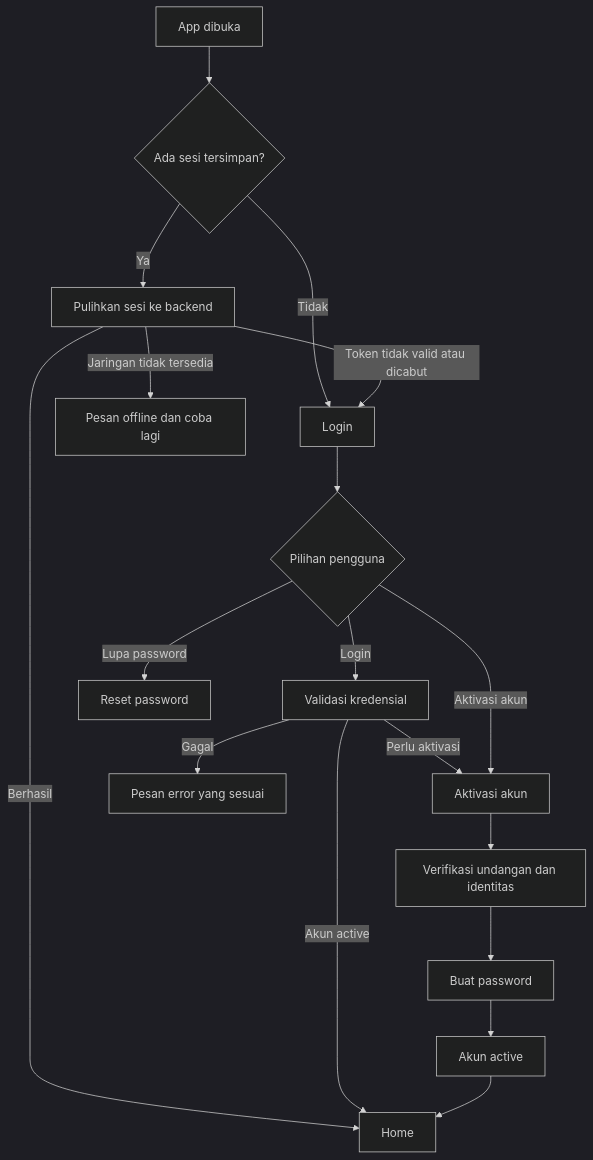
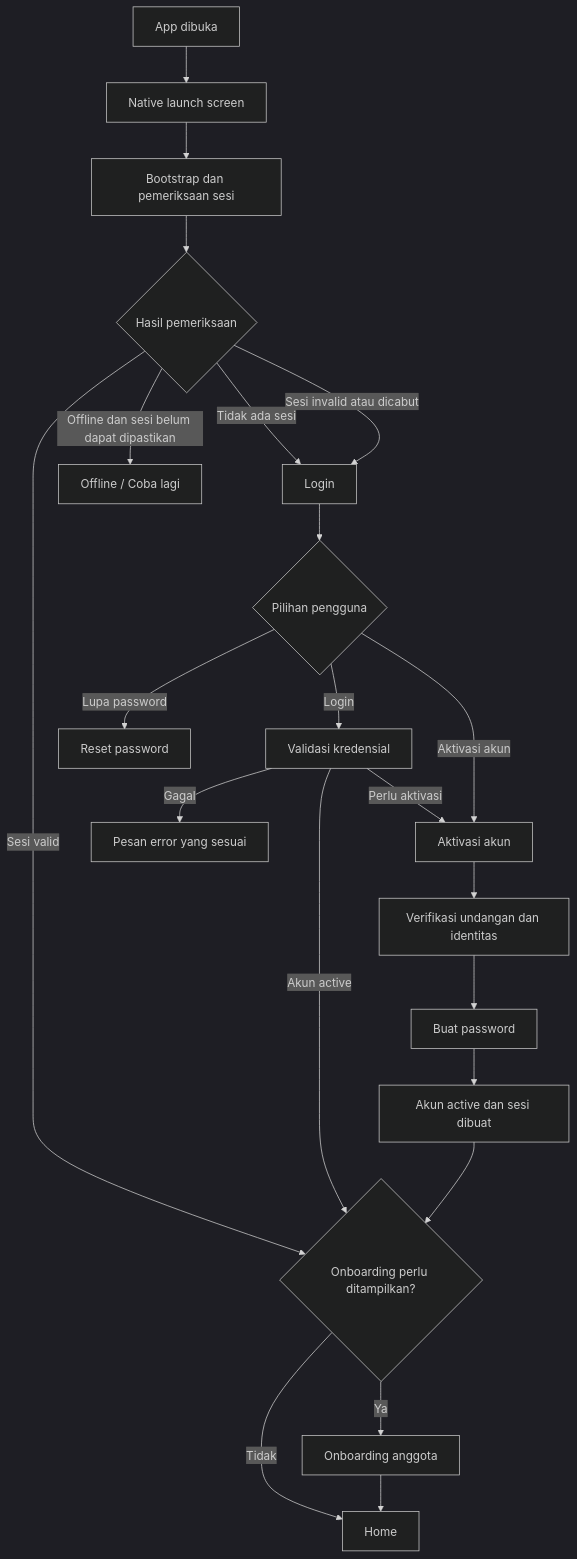
One commit to restu-akbar/palti-fx changed the diagram in LoginFlow.md. Above: the diagram before and after it, drawn with Mermaid (dark theme). The commit also changed other lines of this file, not shown here.

Commit message:
fix: conceptual of flow (onboarding & splash screen)

````diff
--- a/LoginFlow.md
+++ b/LoginFlow.md
@@ -37,20 +37,24 @@
 ```mermaid
 flowchart TD
-    A[App dibuka] --> B{Ada sesi tersimpan?}
-    B -- Tidak --> C[Login]
-    B -- Ya --> D[Pulihkan sesi ke backend]
-    D -- Berhasil --> E[Home]
-    D -- Token tidak valid atau dicabut --> C
-    D -- Jaringan tidak tersedia --> F[Pesan offline dan coba lagi]
-    C --> G{Pilihan pengguna}
-    G -- Login --> H[Validasi kredensial]
-    H -- Akun active --> E
-    H -- Perlu aktivasi --> I[Aktivasi akun]
-    H -- Gagal --> J[Pesan error yang sesuai]
-    G -- Aktivasi akun --> I
-    G -- Lupa password --> K[Reset password]
-    I --> L[Verifikasi undangan dan identitas]
-    L --> M[Buat password]
-    M --> N[Akun active]
-    N --> E
+    A[App dibuka] --> B[Native launch screen]
+    B --> C[Bootstrap dan pemeriksaan sesi]
+    C --> D{Hasil pemeriksaan}
+    D -- Tidak ada sesi --> E[Login]
+    D -- Sesi valid --> F{Onboarding perlu ditampilkan?}
+    D -- Offline dan sesi belum dapat dipastikan --> G[Offline / Coba lagi]
+    D -- Sesi invalid atau dicabut --> E
+    F -- Ya --> H[Onboarding anggota]
+    F -- Tidak --> I[Home]
+    H --> I
+    E --> J{Pilihan pengguna}
+    J -- Login --> K[Validasi kredensial]
+    K -- Akun active --> F
+    K -- Perlu aktivasi --> L[Aktivasi akun]
+    K -- Gagal --> M[Pesan error yang sesuai]
+    J -- Aktivasi akun --> L
+    J -- Lupa password --> N[Reset password]
+    L --> O[Verifikasi undangan dan identitas]
+    O --> P[Buat password]
+    P --> Q[Akun active dan sesi dibuat]
+    Q --> F
 ```
````
